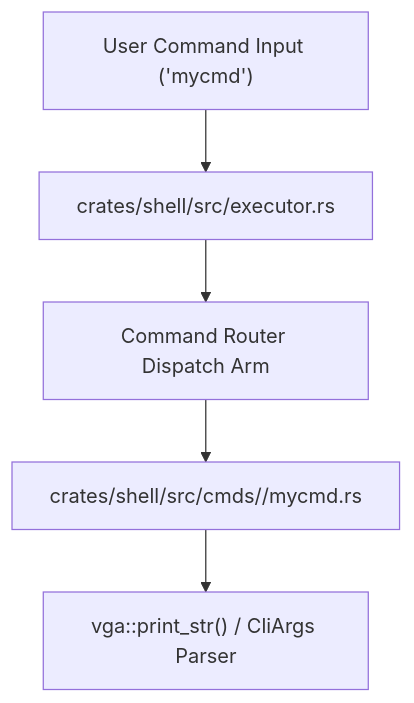
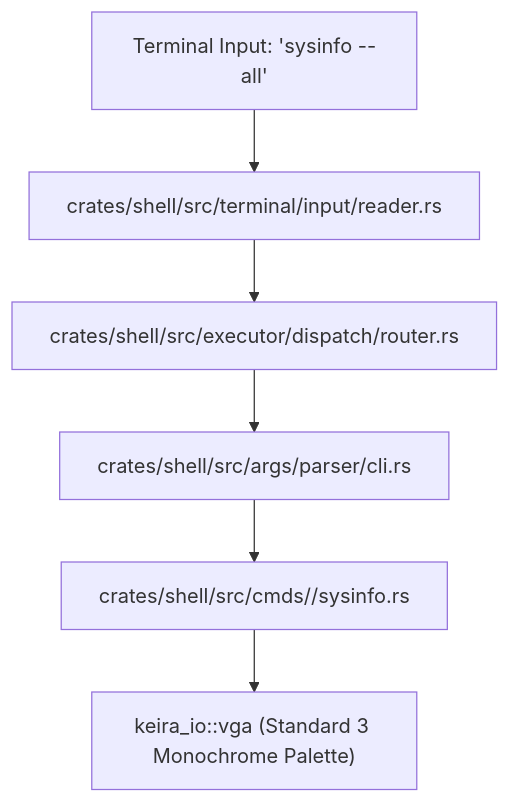
One commit to mrvlous/keira changed the diagram in docs/contributing/tutorials/adding_commands.md. Above: the diagram before and after it, drawn with Mermaid. The commit also changed other lines of this file and 13 other files, not shown here.

````diff
--- a/docs/contributing/tutorials/adding_commands.md
+++ b/docs/contributing/tutorials/adding_commands.md
@@ -11,7 +13,8 @@
 ```mermaid
 graph TD
-    UserKey["User Command Input ('mycmd')"] --> Executor["crates/shell/src/executor.rs"]
-    Executor --> Router["Command Router Dispatch Arm"]
-    Router --> CmdModule["crates/shell/src/cmds/<category>/mycmd.rs"]
-    CmdModule --> VGACli["vga::print_str() / CliArgs Parser"]
+    Input["Terminal Input: 'sysinfo --all'"] --> Parser["crates/shell/src/terminal/input/reader.rs"]
+    Parser --> Dispatch["crates/shell/src/executor/dispatch/router.rs"]
+    Dispatch --> CliArgs["crates/shell/src/args/parser/cli.rs"]
+    CliArgs --> Handler["crates/shell/src/cmds/<category>/sysinfo.rs"]
+    Handler --> VGA["keira_io::vga (Standard 3 Monochrome Palette)"]
 ```
````
